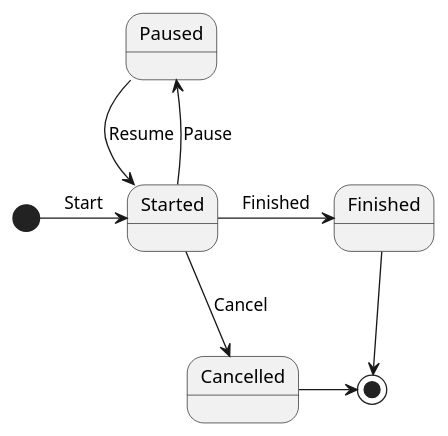
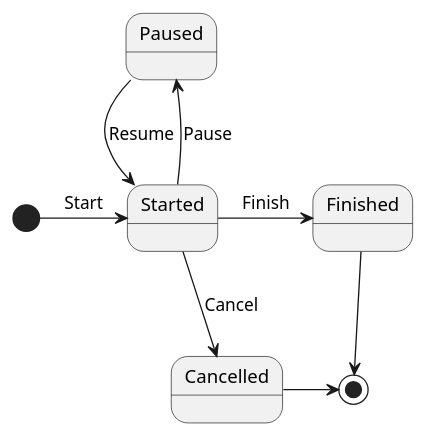
One commit to shurik88/testing changed the diagram in docs/states.puml. Above: the diagram before and after it, drawn with PlantUML. The commit also changed 9 other files, not shown here.

```diff
--- a/docs/states.puml
+++ b/docs/states.puml
@@ -1,9 +1,9 @@
 @startuml ToDo State Diagram
 [*] -> Started: Start
 Started -up-> Paused: Pause
 Paused -> Started: Resume
 Started -down->Cancelled: Cancel
-Started -> Finished: Finished
+Started -> Finished: Finish
 Finished -down-> [*]
 Cancelled -> [*] 
 @enduml
```
